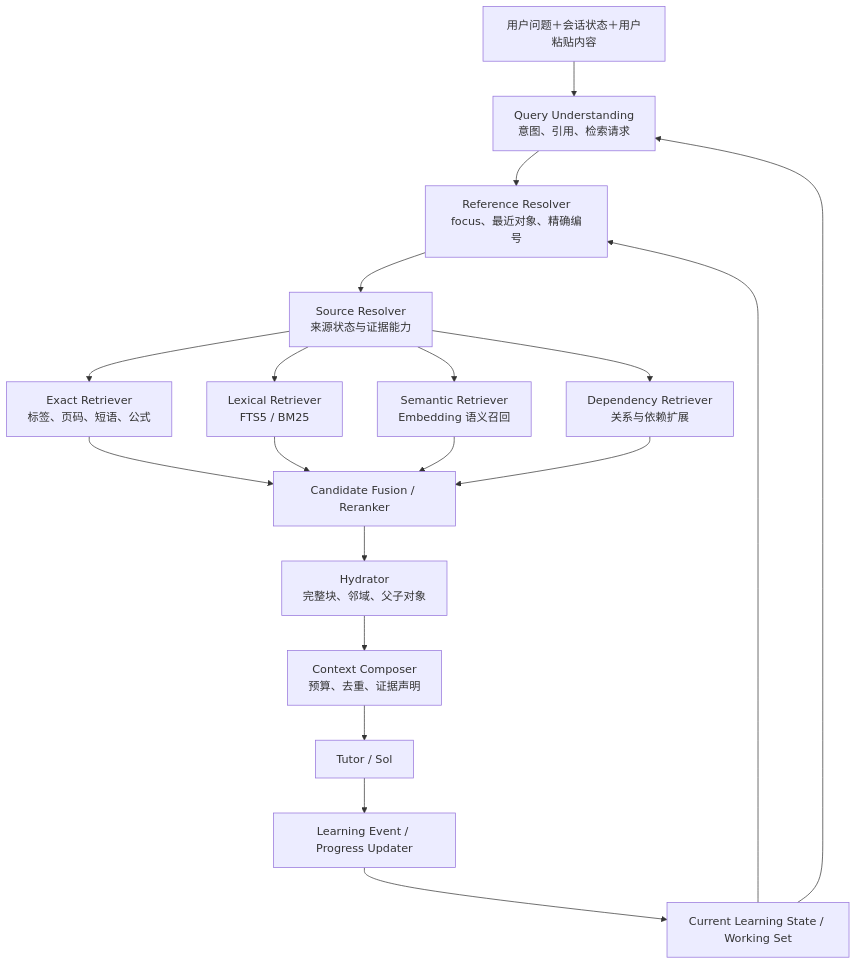
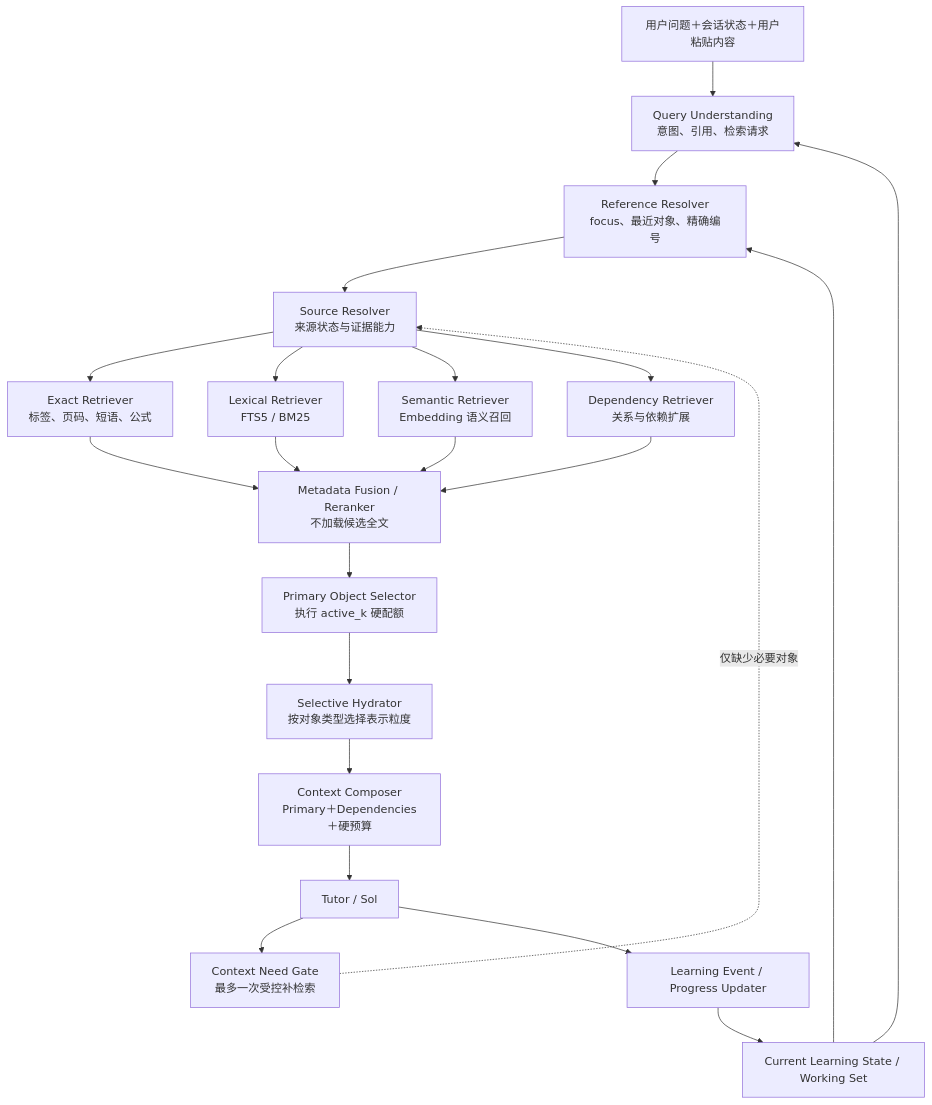
The diagram in content/非笔记内容/工作流程与系统运维/MathStudyAgent/教材搜索问题的解决-方案总览.md (kzpeng565-netizen/my-math-blog), drawn with Mermaid before and after one commit. The commit also changed other lines of this file and 1 other file, not shown here.

````diff
--- a/content/非笔记内容/工作流程与系统运维/MathStudyAgent/教材搜索问题的解决-方案总览.md
+++ b/content/非笔记内容/工作流程与系统运维/MathStudyAgent/教材搜索问题的解决-方案总览.md
@@ -68,32 +86,36 @@
 ```mermaid
 flowchart TB
   INPUT["用户问题＋会话状态＋用户粘贴内容"]
   STATE["Current Learning State / Working Set"]
   ANALYZE["Query Understanding<br/>意图、引用、检索请求"]
   REF["Reference Resolver<br/>focus、最近对象、精确编号"]
   SOURCE["Source Resolver<br/>来源状态与证据能力"]
   EXACT["Exact Retriever<br/>标签、页码、短语、公式"]
   LEX["Lexical Retriever<br/>FTS5 / BM25"]
   SEM["Semantic Retriever<br/>Embedding 语义召回"]
   DEP["Dependency Retriever<br/>关系与依赖扩展"]
-  RANK["Candidate Fusion / Reranker"]
-  HYDRATE["Hydrator<br/>完整块、邻域、父子对象"]
-  COMPOSE["Context Composer<br/>预算、去重、证据声明"]
+  RANK["Metadata Fusion / Reranker<br/>不加载候选全文"]
+  SELECT["Primary Object Selector<br/>执行 active_k 硬配额"]
+  HYDRATE["Selective Hydrator<br/>按对象类型选择表示粒度"]
+  COMPOSE["Context Composer<br/>Primary＋Dependencies＋硬预算"]
   TUTOR["Tutor / Sol"]
+  NEED["Context Need Gate<br/>最多一次受控补检索"]
   EVENT["Learning Event / Progress Updater"]
 
   INPUT --> ANALYZE
   STATE --> ANALYZE
   STATE --> REF
   ANALYZE --> REF --> SOURCE
   SOURCE --> EXACT
   SOURCE --> LEX
   SOURCE --> SEM
   SOURCE --> DEP
   EXACT --> RANK
   LEX --> RANK
   SEM --> RANK
   DEP --> RANK
-  RANK --> HYDRATE --> COMPOSE --> TUTOR
+  RANK --> SELECT --> HYDRATE --> COMPOSE --> TUTOR
+  TUTOR --> NEED
+  NEED -. "仅缺少必要对象" .-> SOURCE
   TUTOR --> EVENT --> STATE
 ```
````
